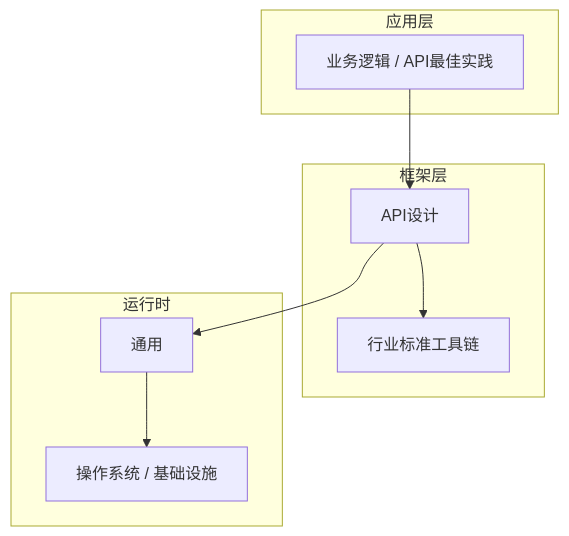
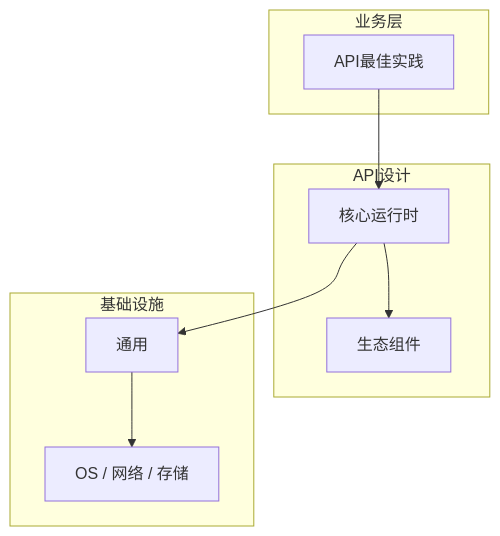
The diagram in articles/API设计/chapters/076-API最佳实践核心概念与原理.md (yanggan2015/knowledge-json-v2), drawn with Mermaid before and after one commit. The commit also changed other lines of this file and 10127 other files, not shown here.

````diff
--- a/articles/API设计/chapters/076-API最佳实践核心概念与原理.md
+++ b/articles/API设计/chapters/076-API最佳实践核心概念与原理.md
@@ -45,18 +34,18 @@
 ```mermaid
 graph TB
-    subgraph 应用层
-        A[业务逻辑 / API最佳实践]
+    subgraph 业务层
+        A[API最佳实践]
     end
-    subgraph 框架层
-        B[API设计]
-        C[行业标准工具链]
+    subgraph API设计
+        B[核心运行时]
+        C[生态组件]
     end
-    subgraph 运行时
+    subgraph 基础设施
         D[通用]
-        E[操作系统 / 基础设施]
+        E[OS / 网络 / 存储]
     end
     A --> B
     B --> C
     B --> D
     D --> E
 ```
````
